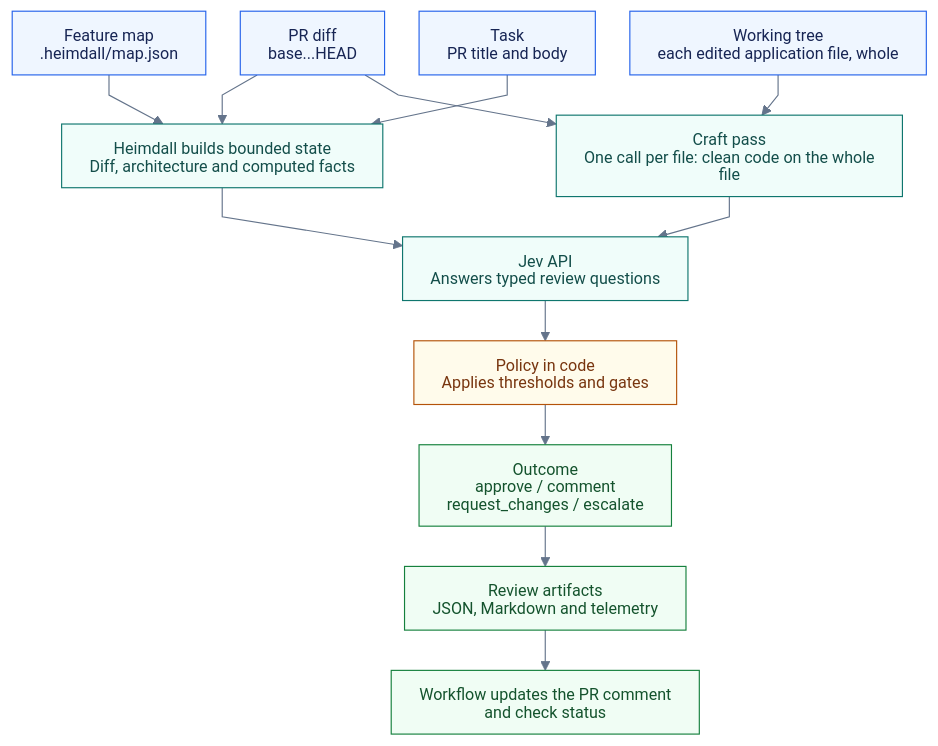
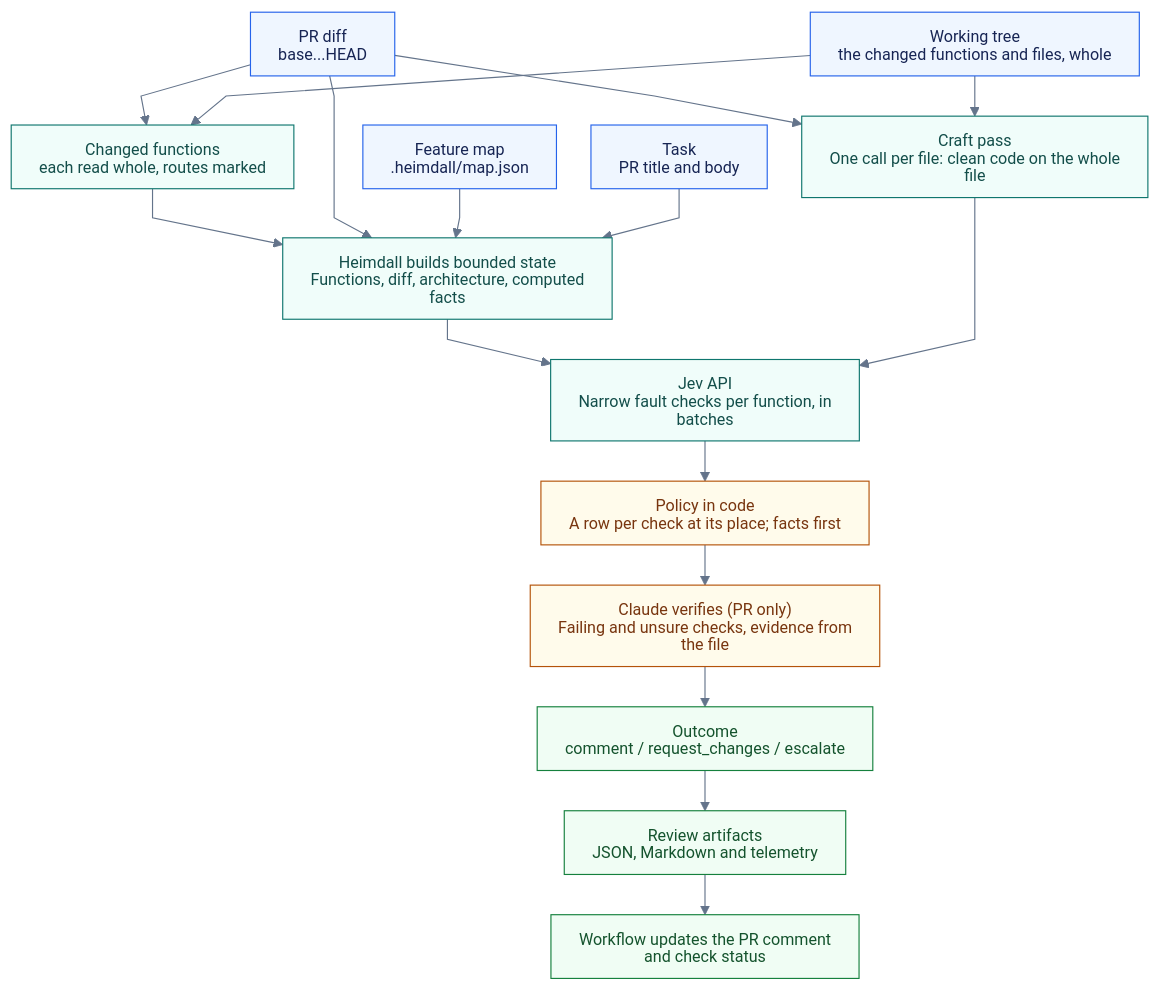
One commit to mrrasmussendk/pfa-api changed the diagram in docs/diagrams/review-flow.mmd. Above: the diagram before and after it, drawn with Mermaid. The commit also changed 35 other files, not shown here.

```diff
--- a/docs/diagrams/review-flow.mmd
+++ b/docs/diagrams/review-flow.mmd
@@ -1,27 +1,32 @@
 %%{init: {"theme": "base", "themeVariables": {"fontFamily": "Arial, sans-serif", "fontSize": "14px", "lineColor": "#64748b", "edgeLabelBackground": "#ffffff", "clusterBkg": "#f8fafc", "clusterBorder": "#cbd5e1"}, "htmlLabels": false, "flowchart": {"htmlLabels": false, "curve": "linear", "nodeSpacing": 30, "rankSpacing": 35, "padding": 12, "wrappingWidth": 260}}}%%
 flowchart TB
     accTitle: PR review: inputs, judgment, policy and outputs
     diff["PR diff<br/>base...HEAD"]:::input
     map["Feature map<br/>.heimdall/map.json"]:::input
     task["Task<br/>PR title and body"]:::input
-    tree["Working tree<br/>each edited application file, whole"]:::input
-    state["Heimdall builds bounded state<br/>Diff, architecture and computed facts"]:::process
+    tree["Working tree<br/>the changed functions and files, whole"]:::input
+    items["Changed functions<br/>each read whole, routes marked"]:::process
+    state["Heimdall builds bounded state<br/>Functions, diff, architecture, computed facts"]:::process
     craft["Craft pass<br/>One call per file: clean code on the whole file"]:::process
-    jev["Jev API<br/>Answers typed review questions"]:::process
-    policy["Policy in code<br/>Applies thresholds and gates"]:::decision
-    verdict["Outcome<br/>approve / comment<br/>request_changes / escalate"]:::output
+    jev["Jev API<br/>Narrow fault checks per function, in batches"]:::process
+    policy["Policy in code<br/>A row per check at its place; facts first"]:::decision
+    claude["Claude verifies (PR only)<br/>Failing and unsure checks, evidence from the file"]:::decision
+    verdict["Outcome<br/>comment / request_changes / escalate"]:::output
     reports["Review artifacts<br/>JSON, Markdown and telemetry"]:::output
     comment["Workflow updates the PR comment<br/>and check status"]:::output
+    diff --> items
+    tree --> items
+    items --> state
     diff --> state
     map --> state
     task --> state
     diff --> craft
     tree --> craft
     state --> jev
     craft --> jev
-    jev --> policy --> verdict
+    jev --> policy --> claude --> verdict
     verdict --> reports --> comment
     classDef input fill:#eff6ff,stroke:#2563eb,color:#172554
     classDef process fill:#f0fdfa,stroke:#0f766e,color:#134e4a
     classDef decision fill:#fffbeb,stroke:#b45309,color:#78350f
     classDef output fill:#f0fdf4,stroke:#15803d,color:#14532d
```
